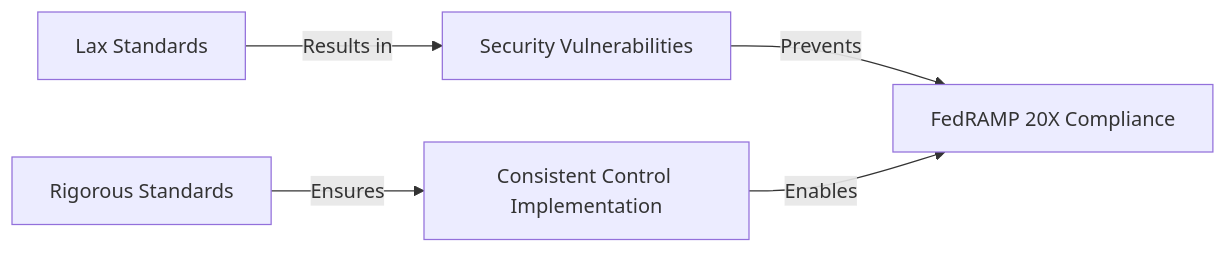
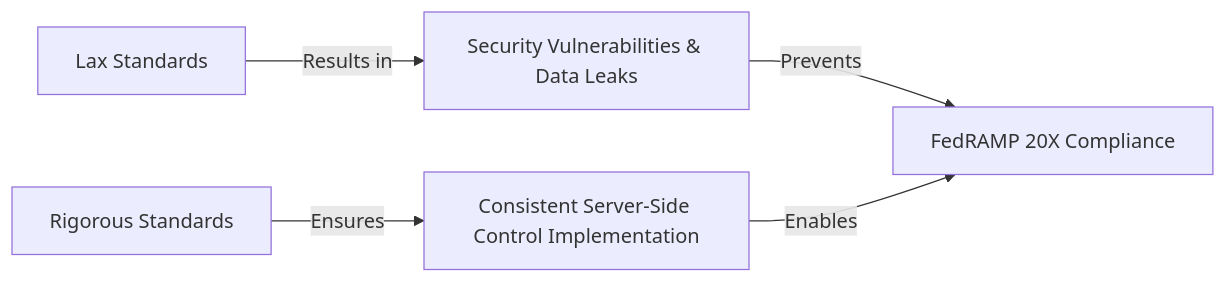
Before and after one commit to JeffreySanford/forge-board: the first of 2 diagrams in forgeboard-frontend/src/assets/documentation/CODING-STANDARDS-PHILOSOPHY.md, drawn with Mermaid. The commit also changed other lines of this file and 53 other files, not shown here.

````diff
--- a/forgeboard-frontend/src/assets/documentation/CODING-STANDARDS-PHILOSOPHY.md
+++ b/forgeboard-frontend/src/assets/documentation/CODING-STANDARDS-PHILOSOPHY.md
@@ -26,7 +26,7 @@
 ```mermaid
 flowchart LR
-  LaxStandards[Lax Standards] -->|"Results in"| Vulnerabilities[Security Vulnerabilities]
+  LaxStandards[Lax Standards] -->|"Results in"| Vulnerabilities[Security Vulnerabilities & Data Leaks]
   Vulnerabilities -->|"Prevents"| FedRAMPCompliance[FedRAMP 20X Compliance]
-  RigorousStandards[Rigorous Standards] -->|"Ensures"| ConsistentControls[Consistent Control Implementation]
-  ConsistentControls -->|"Enables"| FedRAMPCompliance
+  RigorousStandards[Rigorous Standards] -->|"Ensures"| ConsistentServerControls[Consistent Server-Side Control Implementation]
+  ConsistentServerControls -->|"Enables"| FedRAMPCompliance
 ```
````
